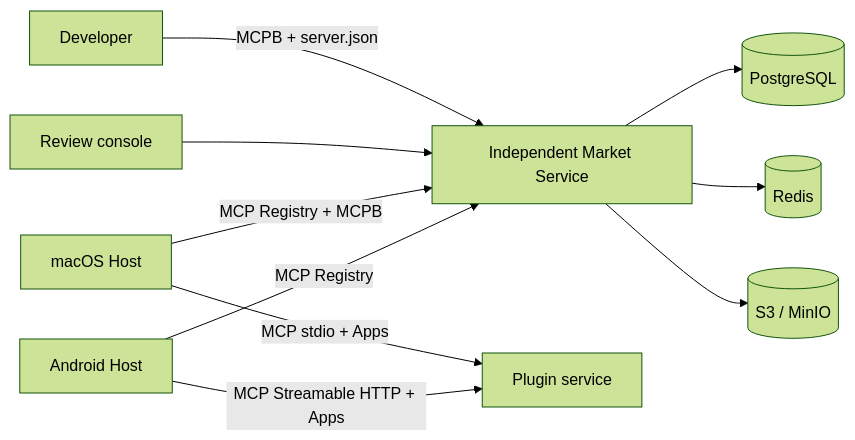
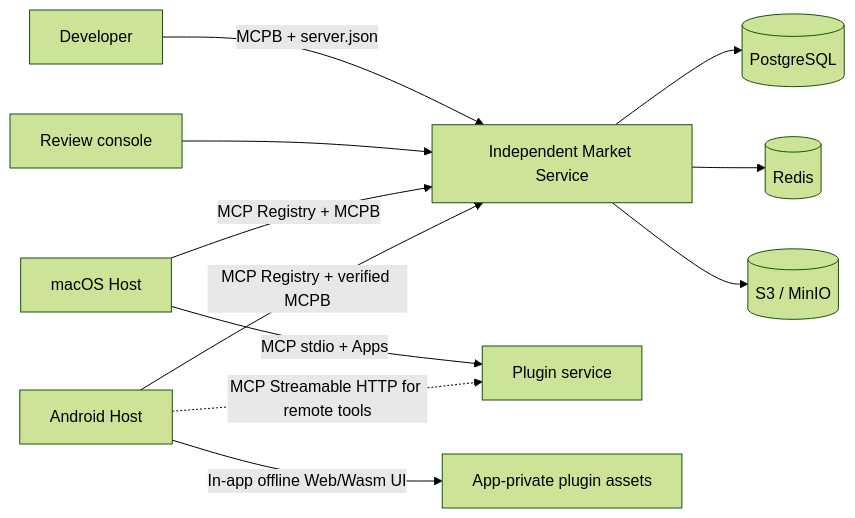
Before and after one commit to openmuseai/Muse-Plugin-EcoSystem: the diagram in market-service/README.md, drawn with Mermaid (forest theme). The commit also changed other lines of this file and 167 other files, not shown here.

Commit message:
feat(editor): distribute offline mobile web bundle through reviewed MCPB

````diff
--- a/market-service/README.md
+++ b/market-service/README.md
@@ -17,12 +17,13 @@
 ```mermaid
 flowchart LR
     Dev[Developer] -->|MCPB + server.json| Registry[Independent Market Service]
     Registry --> DB[(PostgreSQL)]
     Registry --> Cache[(Redis)]
     Registry --> Store[(S3 / MinIO)]
     Reviewer[Review console] --> Registry
     Desktop[macOS Host] -->|MCP Registry + MCPB| Registry
-    Mobile[Android Host] -->|MCP Registry| Registry
+    Mobile[Android Host] -->|MCP Registry + verified MCPB| Registry
     Desktop -->|MCP stdio + Apps| Plugin[Plugin service]
-    Mobile -->|MCP Streamable HTTP + Apps| Plugin
+    Mobile -->|In-app offline Web/Wasm UI| Local[App-private plugin assets]
+    Mobile -.->|MCP Streamable HTTP for remote tools| Plugin
 ```
````
